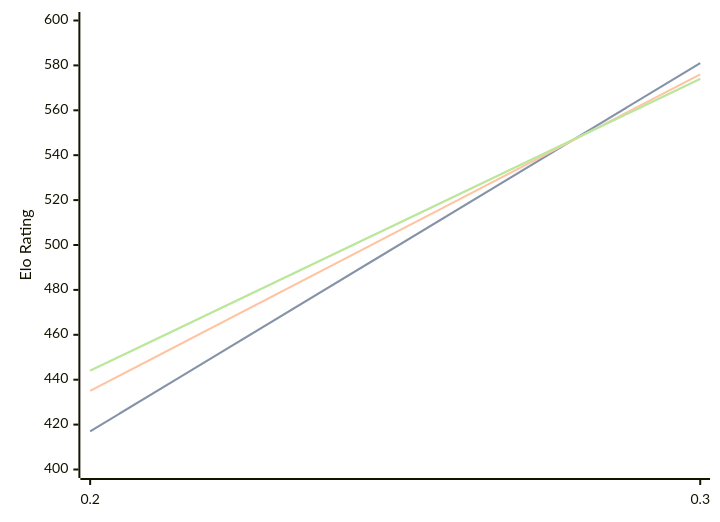
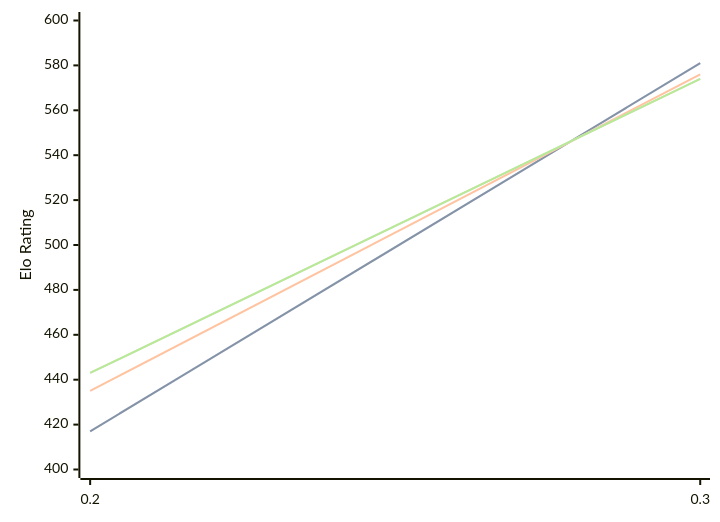
One commit to computer-chess-index/cci changed the diagram in engines/Magpie.md. Above: the diagram before and after it, drawn with Mermaid. The commit also changed other lines of this file, not shown here.

Commit message:
Update CCI Ratings (ELO VLTC) - 2026-09-01

````diff
--- a/engines/Magpie.md
+++ b/engines/Magpie.md
@@ -32,11 +32,11 @@
 ```mermaid
 %%{init: {"theme":"base","themeVariables":{"seriesColors:['#a3a3a3','#222221','#faa371']}}}%%
 xychart-beta
   x-axis ["0.2", "0.3"]
   y-axis "Elo Rating" 400 --> 600
   line "" [417, 581]
   line "STC (8.0+0.08s)" [417, 581]
   line "LTC (60.0+0.60s)" [435, 576]
-  line "" [444, 574]
-  line "VLTC (2m24s+1.12s)" [444, 574]
+  line "" [443, 574]
+  line "VLTC (2m24s+1.12s)" [443, 574]
 ```
````
